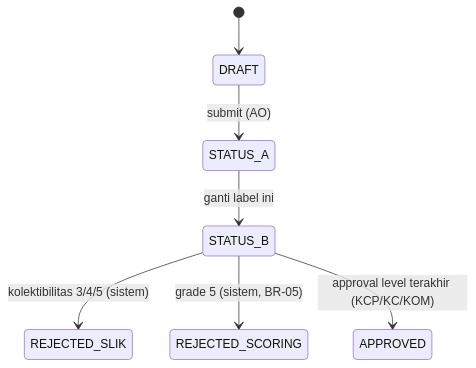
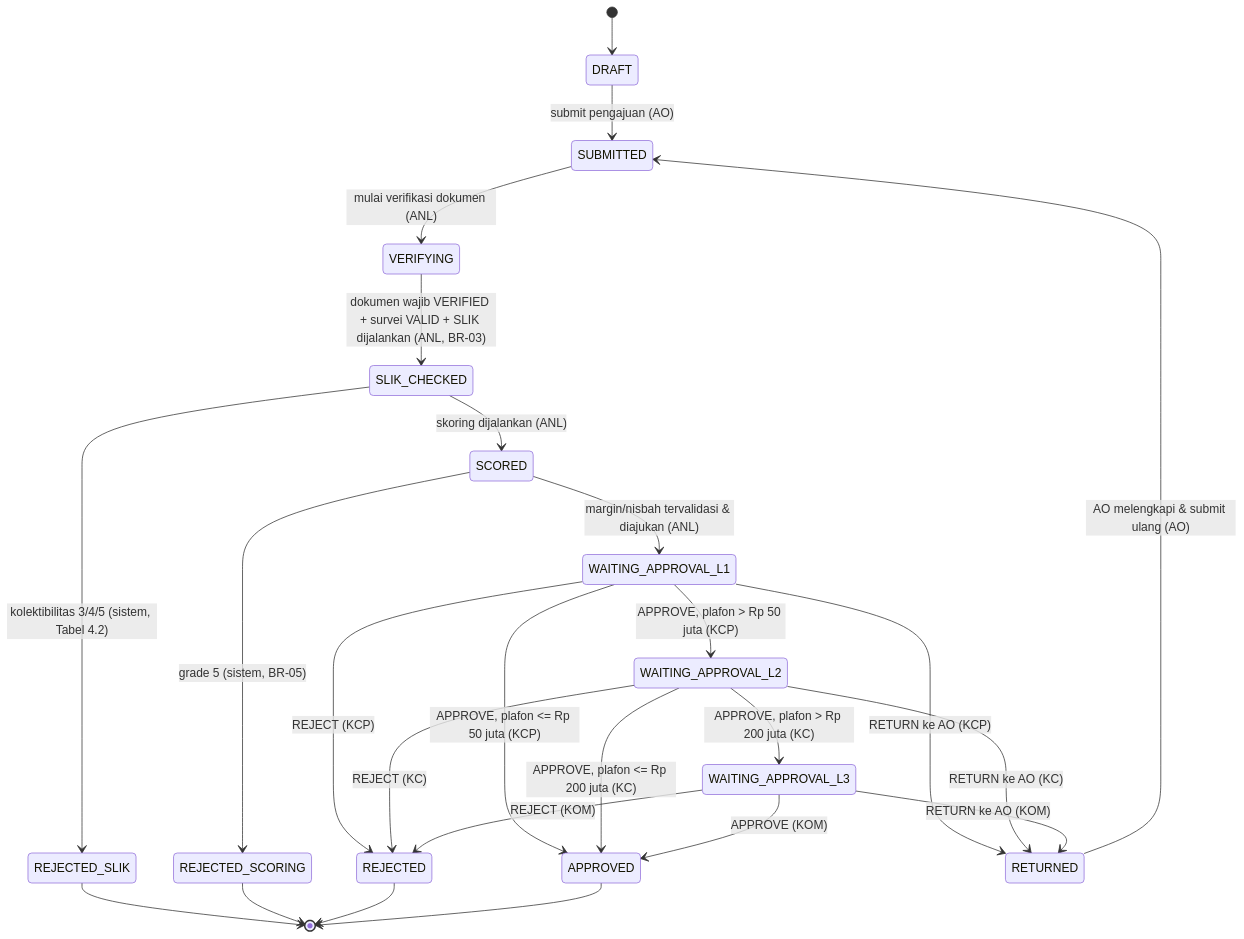
One commit to irgiys/tim1gow changed the third of 3 diagrams in docs/SRS-iMitra.md. Above: the diagram before and after it, drawn with Mermaid. The commit also changed other lines of this file, not shown here.

````diff
--- a/docs/SRS-iMitra.md
+++ b/docs/SRS-iMitra.md
@@ -222,9 +202,27 @@
 ```mermaid
 stateDiagram-v2
   [*] --> DRAFT
-  DRAFT --> STATUS_A: submit (AO)
-  STATUS_A --> STATUS_B: ganti label ini
-  STATUS_B --> REJECTED_SLIK: kolektibilitas 3/4/5 (sistem)
-  STATUS_B --> REJECTED_SCORING: grade 5 (sistem, BR-05)
-  STATUS_B --> APPROVED: approval level terakhir (KCP/KC/KOM)
+  DRAFT --> SUBMITTED: submit pengajuan (AO)
+  SUBMITTED --> VERIFYING: mulai verifikasi dokumen (ANL)
+  VERIFYING --> SLIK_CHECKED: dokumen wajib VERIFIED + survei VALID + SLIK dijalankan (ANL, BR-03)
+  SLIK_CHECKED --> REJECTED_SLIK: kolektibilitas 3/4/5 (sistem, Tabel 4.2)
+  SLIK_CHECKED --> SCORED: skoring dijalankan (ANL)
+  SCORED --> REJECTED_SCORING: grade 5 (sistem, BR-05)
+  SCORED --> WAITING_APPROVAL_L1: margin/nisbah tervalidasi & diajukan (ANL)
+  WAITING_APPROVAL_L1 --> WAITING_APPROVAL_L2: APPROVE, plafon > Rp 50 juta (KCP)
+  WAITING_APPROVAL_L1 --> APPROVED: APPROVE, plafon <= Rp 50 juta (KCP)
+  WAITING_APPROVAL_L1 --> REJECTED: REJECT (KCP)
+  WAITING_APPROVAL_L1 --> RETURNED: RETURN ke AO (KCP)
+  WAITING_APPROVAL_L2 --> WAITING_APPROVAL_L3: APPROVE, plafon > Rp 200 juta (KC)
+  WAITING_APPROVAL_L2 --> APPROVED: APPROVE, plafon <= Rp 200 juta (KC)
+  WAITING_APPROVAL_L2 --> REJECTED: REJECT (KC)
+  WAITING_APPROVAL_L2 --> RETURNED: RETURN ke AO (KC)
+  WAITING_APPROVAL_L3 --> APPROVED: APPROVE (KOM)
+  WAITING_APPROVAL_L3 --> REJECTED: REJECT (KOM)
+  WAITING_APPROVAL_L3 --> RETURNED: RETURN ke AO (KOM)
+  RETURNED --> SUBMITTED: AO melengkapi & submit ulang (AO)
+  REJECTED_SLIK --> [*]
+  REJECTED_SCORING --> [*]
+  REJECTED --> [*]
+  APPROVED --> [*]
 ```
````
